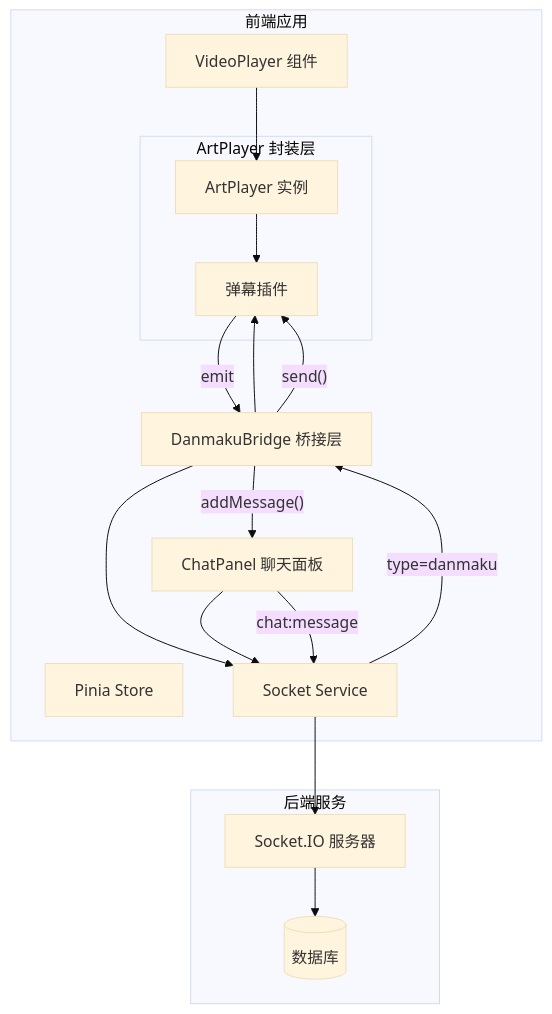
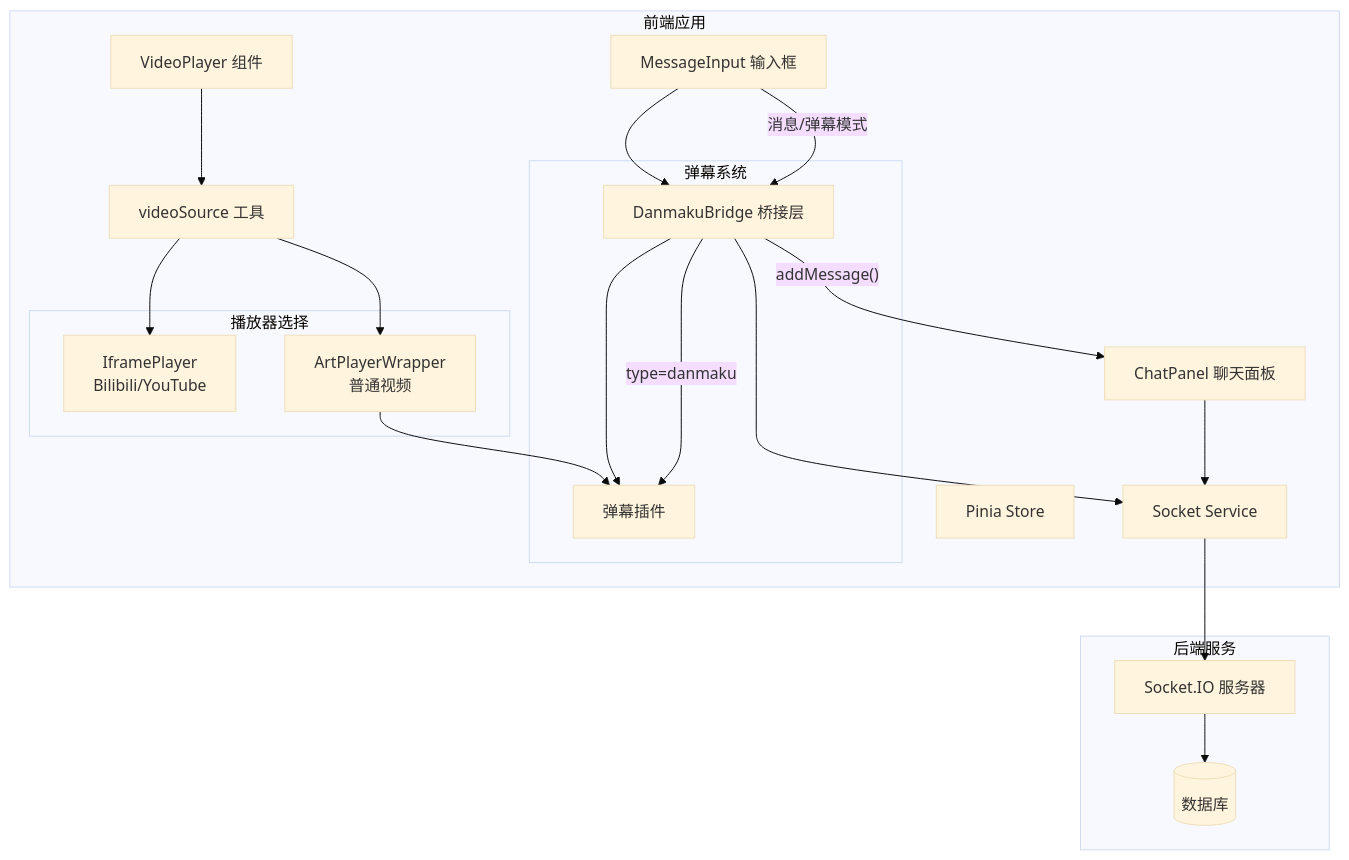
The diagram in docs/frontend/ArtPlayer播放器集成/architecture-design.md (zszleo/WatchTogether), drawn with Mermaid (base theme) before and after one commit. The commit also changed other lines of this file and 3 other files, not shown here.

````diff
--- a/docs/frontend/ArtPlayer播放器集成/architecture-design.md
+++ b/docs/frontend/ArtPlayer播放器集成/architecture-design.md
@@ -92,33 +96,39 @@
 ```mermaid
 graph TB
     subgraph "前端应用"
         VP[VideoPlayer 组件]
-        subgraph "ArtPlayer 封装层"
-            AP[ArtPlayer 实例]
+        subgraph "播放器选择"
+            IF[IframePlayer<br/>Bilibili/YouTube]
+            AP[ArtPlayerWrapper<br/>普通视频]
+        end
+        subgraph "弹幕系统"
             DM[弹幕插件]
+            DB[DanmakuBridge 桥接层]
         end
         CP[ChatPanel 聊天面板]
-        DB[DanmakuBridge 桥接层]
+        MI[MessageInput 输入框]
         ST[Pinia Store]
         SO[Socket Service]
+        VS[videoSource 工具]
     end
 
     subgraph "后端服务"
         WS[Socket.IO 服务器]
         DB_Server[(数据库)]
     end
 
-    VP --> AP
+    VP --> VS
+    VS --> IF
+    VS --> AP
     AP --> DM
     CP --> SO
+    MI --> DB
     DB --> SO
     DB --> DM
     SO --> WS
     WS --> DB_Server
 
-    CP -- "chat:message" --> SO
-    SO -- "type=danmaku" --> DB
-    DB -- "send()" --> DM
-    DM -- "emit" --> DB
+    MI -- "消息/弹幕模式" --> DB
+    DB -- "type=danmaku" --> DM
     DB -- "addMessage()" --> CP
 ```
````
